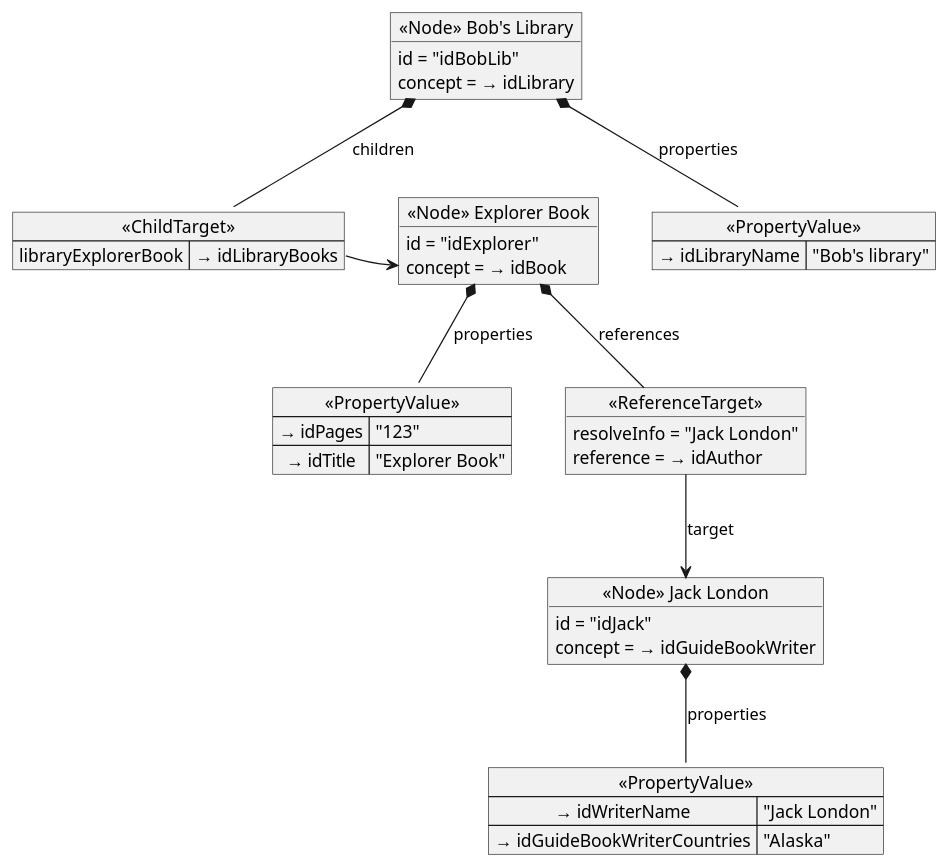
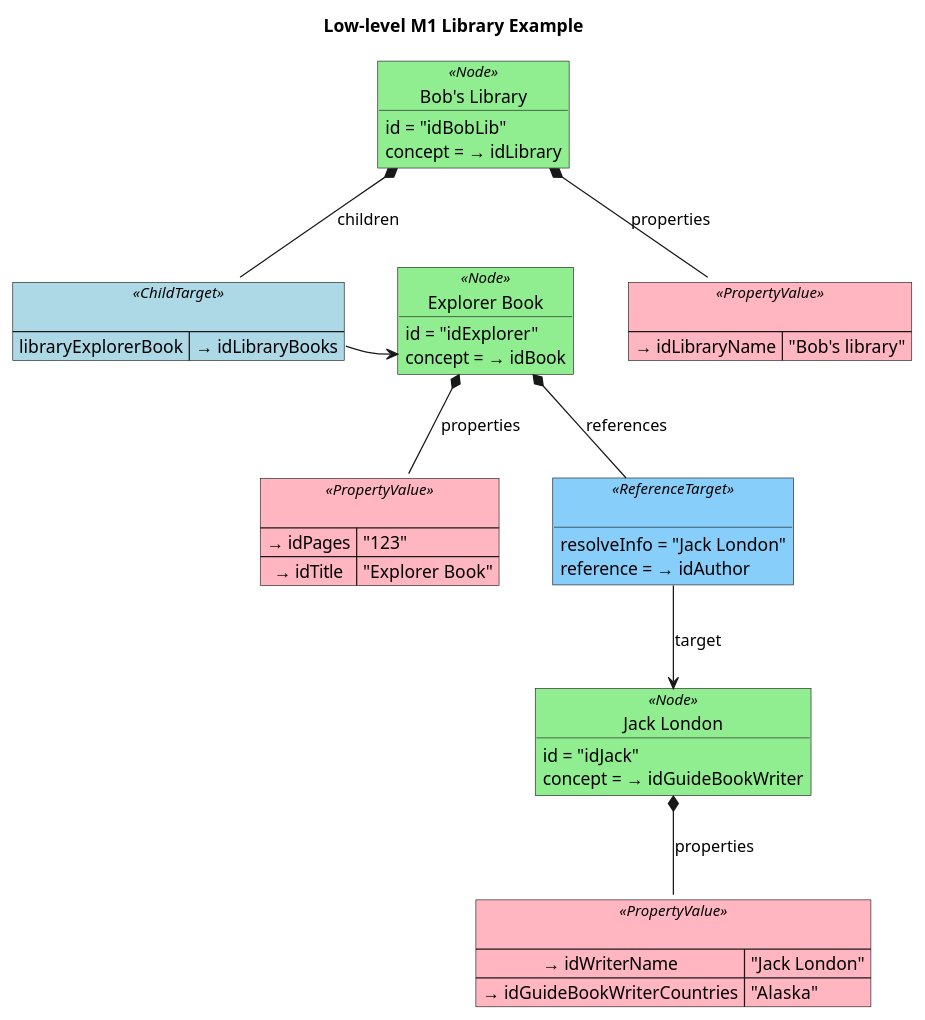
The diagram in lioncore/library-example/lowlevel-library-m1.puml (LionWeb-io/specification), drawn with PlantUML before and after one commit. The commit also changed 5 other files, not shown here.

```diff
--- a/lioncore/library-example/lowlevel-library-m1.puml
+++ b/lioncore/library-example/lowlevel-library-m1.puml
@@ -1,53 +1,65 @@
 @startuml
 ' Library
 
-object "<<Node>> Bob's Library" as library {
+title Low-level M1 Library Example
+
+skinparam object {
+    BackgroundColor<<Node>> LightGreen
+    BackgroundColor<<ReferenceTarget>> LightSkyBlue
+}
+skinparam map {
+    BackgroundColor<<PropertyValue>> LightPink
+    BackgroundColor<<ChildTarget>> LightBlue
+}
+
+object "Bob's Library" as library<<Node>> {
     id = "idBobLib"
     concept = → idLibrary
 }
 
-map "<<PropertyValue>>" as libraryProperties {
+map " " as libraryProperties<<PropertyValue>> {
     → idLibraryName => "Bob's library"
 }
 library *-- libraryProperties: properties
 
 ' Explorer book
 
-object "<<Node>> Explorer Book" as explorerBook {
+object "Explorer Book" as explorerBook<<Node>> {
     id = "idExplorer"
     concept = → idBook
 }
 
-map "<<PropertyValue>>" as explorerBookProperties {
+map " " as explorerBookProperties<<PropertyValue>> {
     → idPages => "123"
     → idTitle => "Explorer Book"
 }
 explorerBook *-- explorerBookProperties: properties
 
-map "<<ChildTarget>>" as libraryChildren {
+map " " as libraryChildren<<ChildTarget>> {
     libraryExplorerBook => → idLibraryBooks
 }
 library *-- libraryChildren: children
 libraryChildren::libraryExplorerBook -> explorerBook
 
 
-object "<<ReferenceTarget>>" as explorerBookAuthor {
+object " " as explorerBookAuthor<<ReferenceTarget>> {
     resolveInfo = "Jack London"
     reference = → idAuthor
 }
 explorerBook *-- explorerBookAuthor: references
 
 ' Jack London
-object "<<Node>> Jack London" as jackLondon {
+object "Jack London" as jackLondon<<Node>> {
     id = "idJack"
     concept = → idGuideBookWriter
 }
 
-map "<<PropertyValue>>" as jackLondonProperties {
+map " " as jackLondonProperties<<PropertyValue>> {
     → idWriterName => "Jack London"
     → idGuideBookWriterCountries => "Alaska"
 }
 jackLondon *-- jackLondonProperties: properties
 
 explorerBookAuthor --> jackLondon: target
+
 @enduml
```
